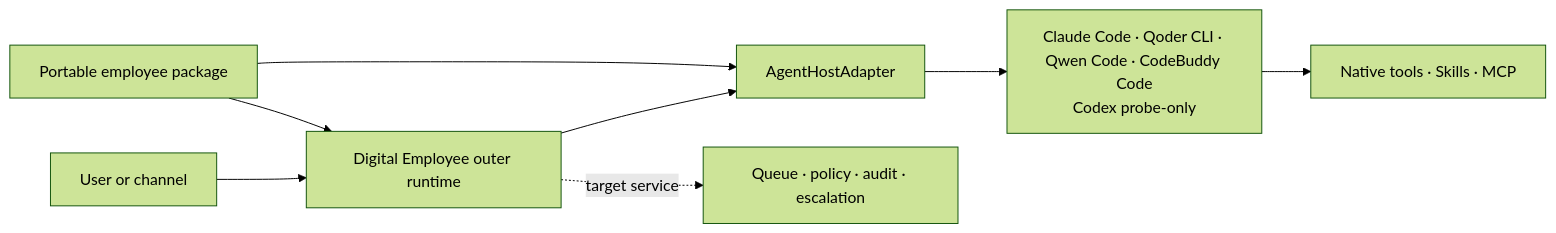
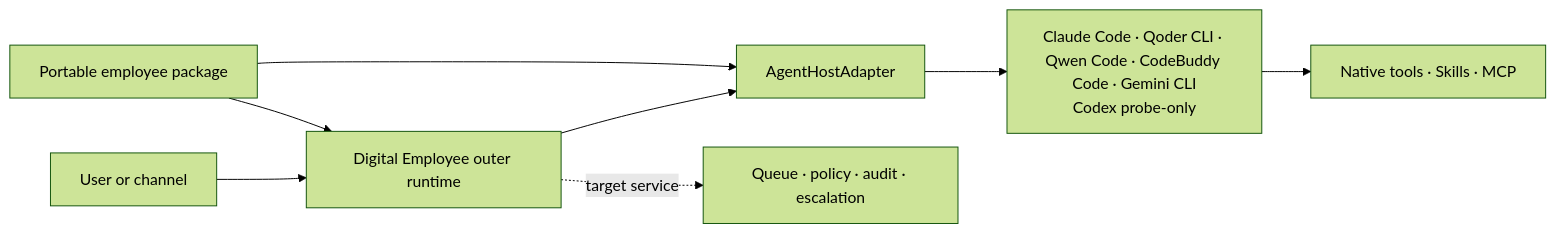
The first of 2 diagrams in docs/architecture.md (bytefolk/digital-employee), drawn with Mermaid (forest theme) before and after one commit. The commit also changed 14 other files, not shown here.

Commit message:
feat(host): add Gemini CLI adapter

````diff
--- a/docs/architecture.md
+++ b/docs/architecture.md
@@ -30,10 +30,10 @@
 ```mermaid
 flowchart LR
   U["User or channel"] --> O["Digital Employee outer runtime"]
   O --> H["AgentHostAdapter"]
-  H --> A["Claude Code · Qoder CLI · Qwen Code · CodeBuddy Code<br/>Codex probe-only"]
+  H --> A["Claude Code · Qoder CLI · Qwen Code · CodeBuddy Code · Gemini CLI<br/>Codex probe-only"]
   A --> T["Native tools · Skills · MCP"]
   O -. target service .-> G["Queue · policy · audit · escalation"]
   P["Portable employee package"] --> O
   P --> H
 ```
````
